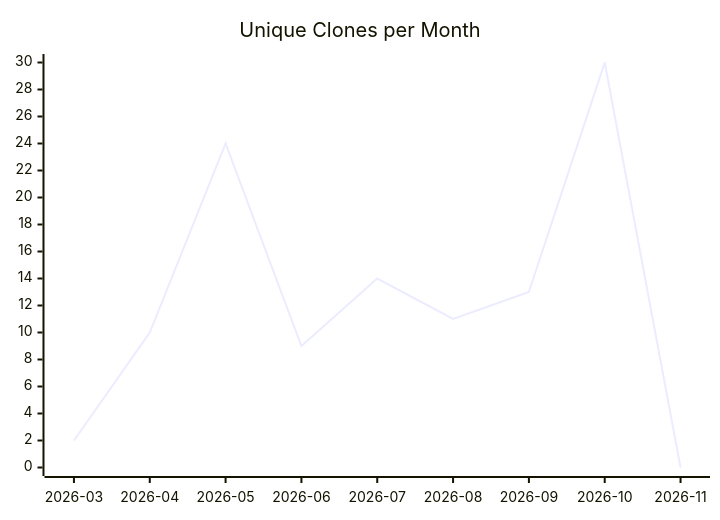
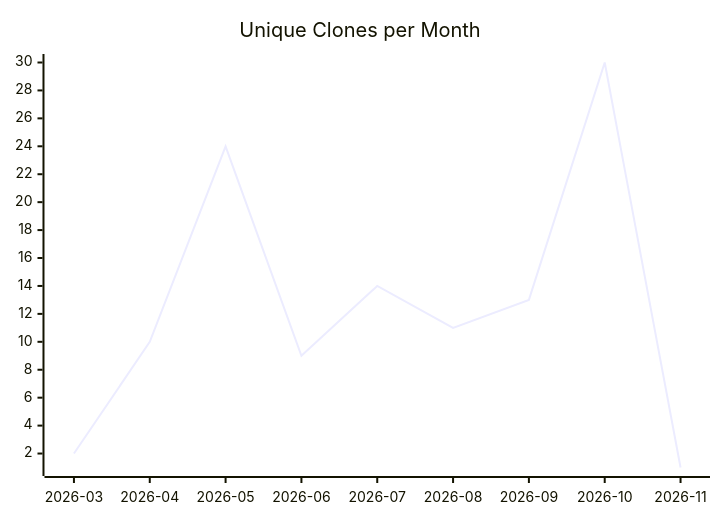
Before and after one commit to justdavis-family/github-analytics-data: the third of 3 diagrams in karlmdavis/xmlpull/README.md, drawn with Mermaid. The commit also changed other lines of this file and 193 other files, not shown here.

````diff
--- a/karlmdavis/xmlpull/README.md
+++ b/karlmdavis/xmlpull/README.md
@@ -19,6 +19,6 @@
 ```mermaid
 xychart-beta
   title "Unique Clones per Month"
   x-axis ["2026-03", "2026-04", "2026-05", "2026-06", "2026-07", "2026-08", "2026-09", "2026-10", "2026-11"]
-  line [2, 10, 24, 9, 14, 11, 13, 30, 0]
+  line [2, 10, 24, 9, 14, 11, 13, 30, 1]
 ```
````
